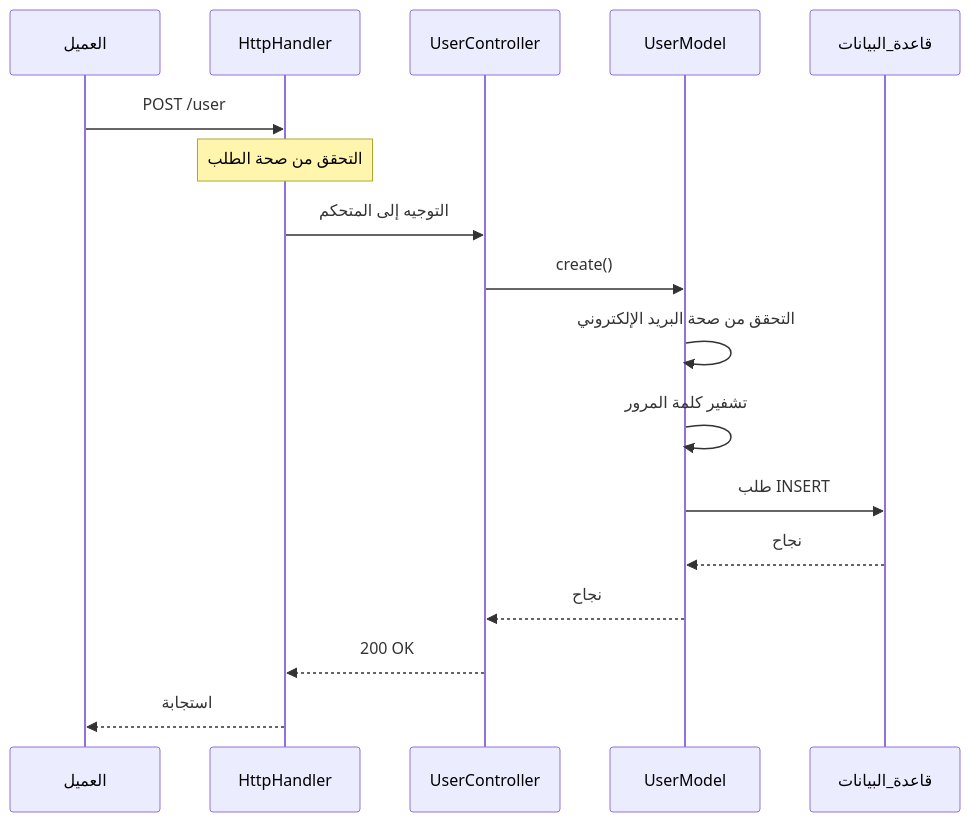
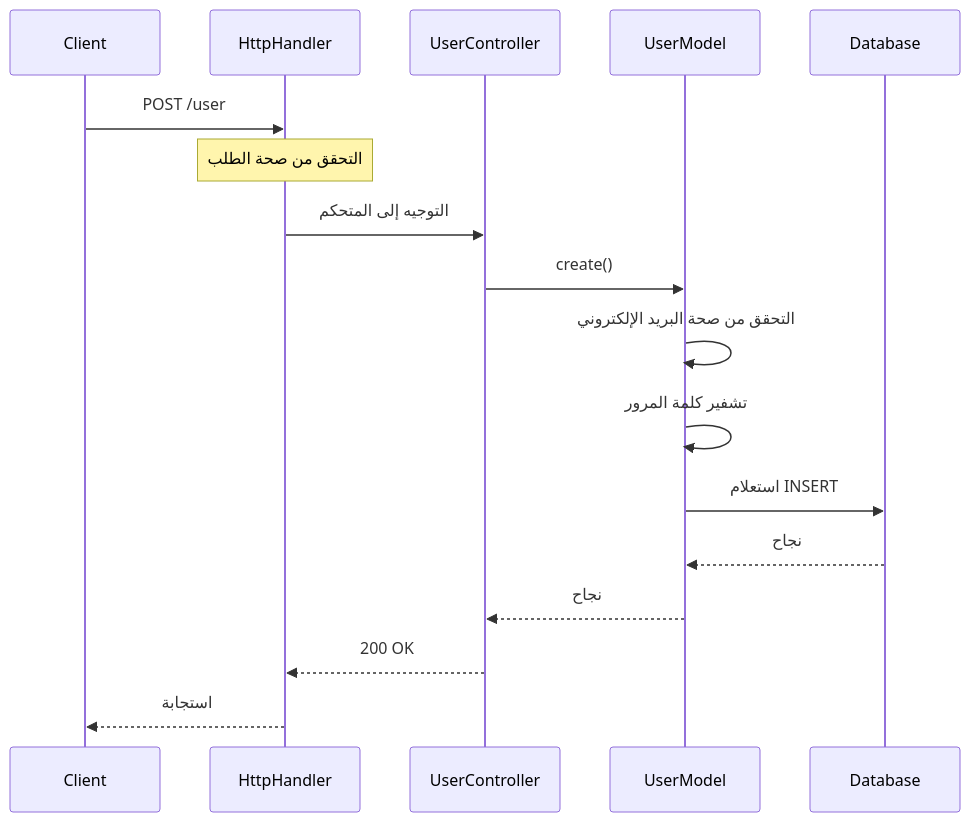
Before and after one commit to secure73/MicrosPy: the second of 4 diagrams in DOCUMENTATION.ar.md, drawn with Mermaid. The commit also changed other lines of this file and 2 other files, not shown here.

````diff
--- a/DOCUMENTATION.ar.md
+++ b/DOCUMENTATION.ar.md
@@ -551,20 +524,20 @@
 ```mermaid
 sequenceDiagram
-    participant العميل
+    participant Client
     participant HttpHandler
     participant UserController
     participant UserModel
-    participant قاعدة_البيانات
+    participant Database
 
-    العميل->>HttpHandler: POST /user
+    Client->>HttpHandler: POST /user
     Note over HttpHandler: التحقق من صحة الطلب
     HttpHandler->>UserController: التوجيه إلى المتحكم
     UserController->>UserModel: create()
     UserModel->>UserModel: التحقق من صحة البريد الإلكتروني
     UserModel->>UserModel: تشفير كلمة المرور
-    UserModel->>قاعدة_البيانات: طلب INSERT
-    قاعدة_البيانات-->>UserModel: نجاح
+    UserModel->>Database: استعلام INSERT
+    Database-->>UserModel: نجاح
     UserModel-->>UserController: نجاح
     UserController-->>HttpHandler: 200 OK
-    HttpHandler-->>العميل: استجابة
+    HttpHandler-->>Client: استجابة
 ```
````
